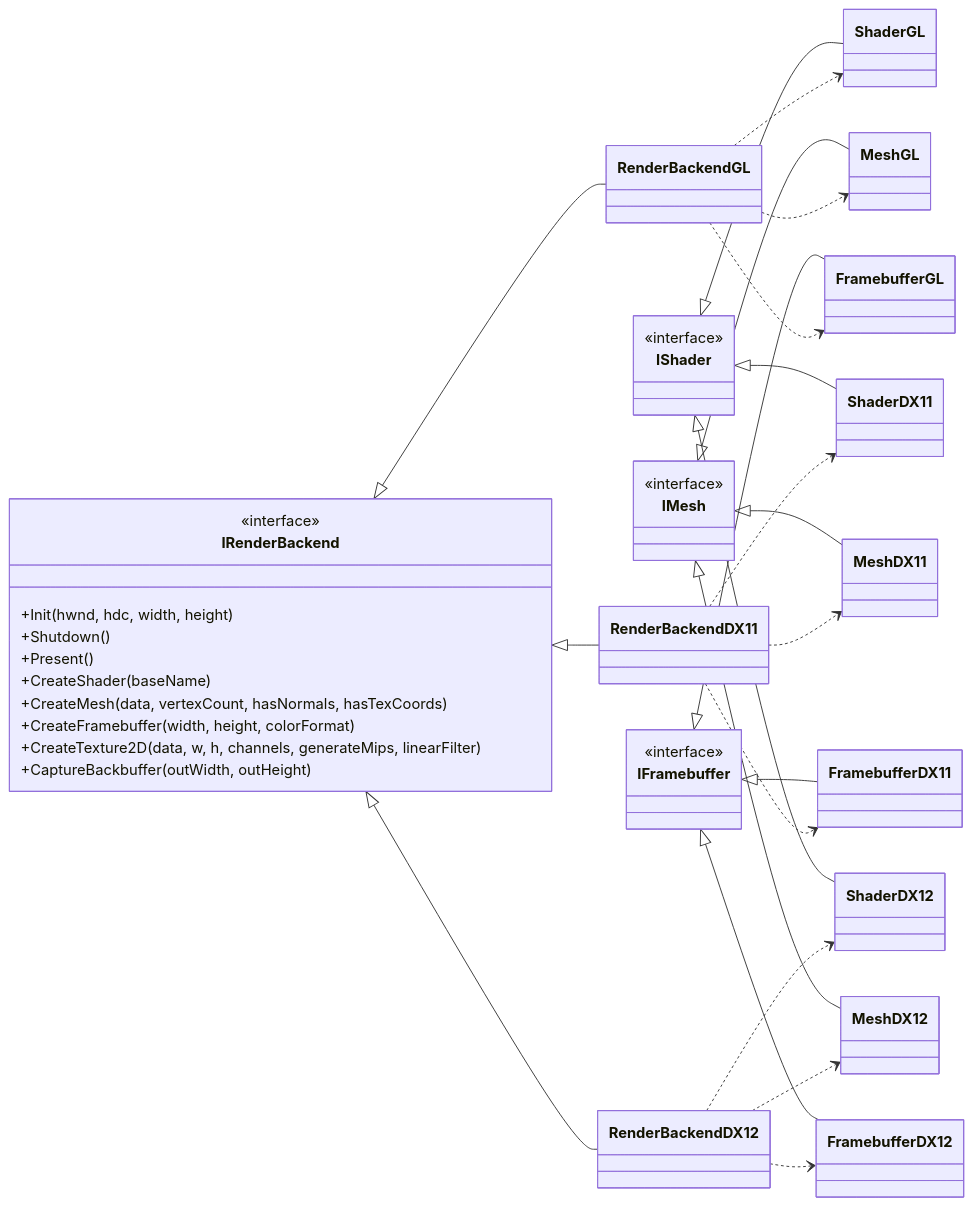
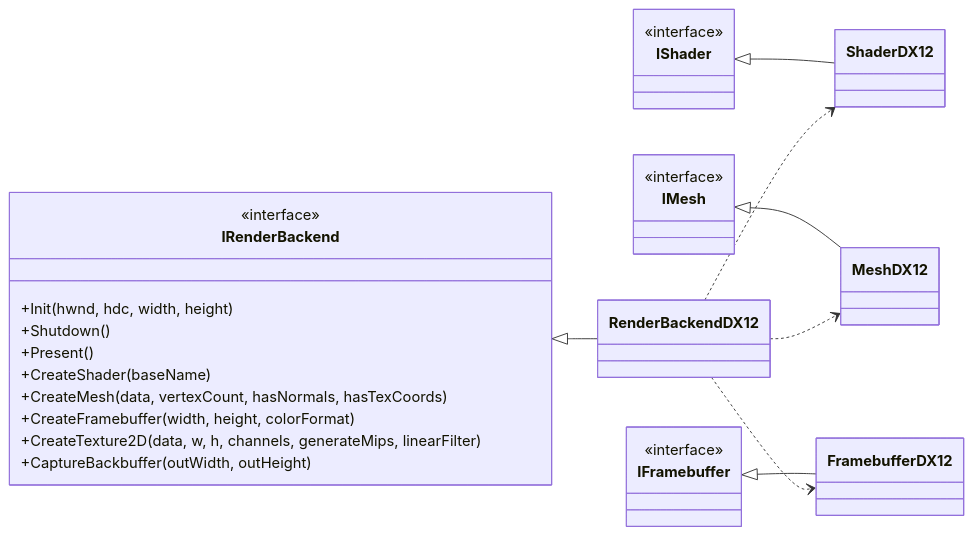
Before and after one commit to skullbonez/SkullbonezCore: the third of 9 diagrams in Agentic/Reference/skullbonez-core-class-structure.md, drawn with Mermaid. The commit also changed other lines of this file and 47 other files, not shown here.

````diff
--- a/Agentic/Reference/skullbonez-core-class-structure.md
+++ b/Agentic/Reference/skullbonez-core-class-structure.md
@@ -233,64 +229,42 @@
 ```mermaid
 classDiagram
 direction LR
 
 class IRenderBackend {
   <<interface>>
   +Init(hwnd, hdc, width, height)
   +Shutdown()
   +Present()
   +CreateShader(baseName)
   +CreateMesh(data, vertexCount, hasNormals, hasTexCoords)
   +CreateFramebuffer(width, height, colorFormat)
   +CreateTexture2D(data, w, h, channels, generateMips, linearFilter)
   +CaptureBackbuffer(outWidth, outHeight)
 }
 
-class RenderBackendGL
-class RenderBackendDX11
 class RenderBackendDX12
 class IShader {
   <<interface>>
 }
-class ShaderGL
-class ShaderDX11
 class ShaderDX12
 class IMesh {
   <<interface>>
 }
-class MeshGL
-class MeshDX11
 class MeshDX12
 class IFramebuffer {
   <<interface>>
 }
-class FramebufferGL
-class FramebufferDX11
 class FramebufferDX12
 
-IRenderBackend <|-- RenderBackendGL
-IRenderBackend <|-- RenderBackendDX11
 IRenderBackend <|-- RenderBackendDX12
 
-IShader <|-- ShaderGL
-IShader <|-- ShaderDX11
 IShader <|-- ShaderDX12
 
-IMesh <|-- MeshGL
-IMesh <|-- MeshDX11
 IMesh <|-- MeshDX12
 
-IFramebuffer <|-- FramebufferGL
-IFramebuffer <|-- FramebufferDX11
 IFramebuffer <|-- FramebufferDX12
 
-RenderBackendGL ..> ShaderGL
-RenderBackendGL ..> MeshGL
-RenderBackendGL ..> FramebufferGL
-RenderBackendDX11 ..> ShaderDX11
-RenderBackendDX11 ..> MeshDX11
-RenderBackendDX11 ..> FramebufferDX11
 RenderBackendDX12 ..> ShaderDX12
 RenderBackendDX12 ..> MeshDX12
 RenderBackendDX12 ..> FramebufferDX12
 ```
````
